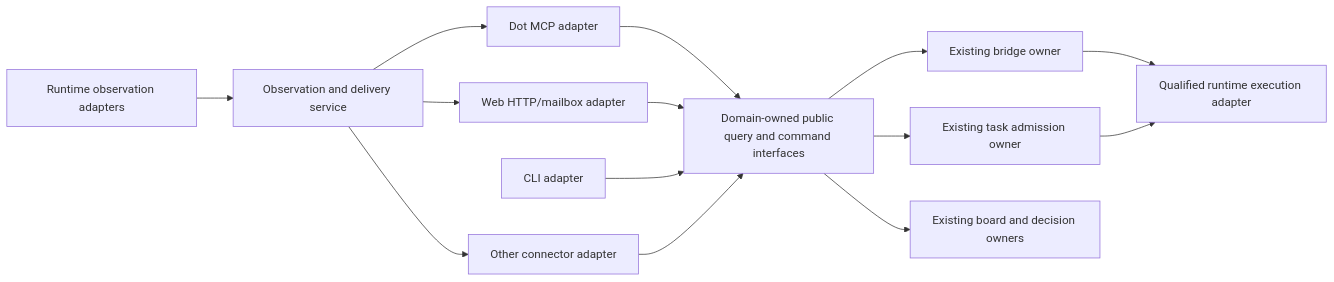
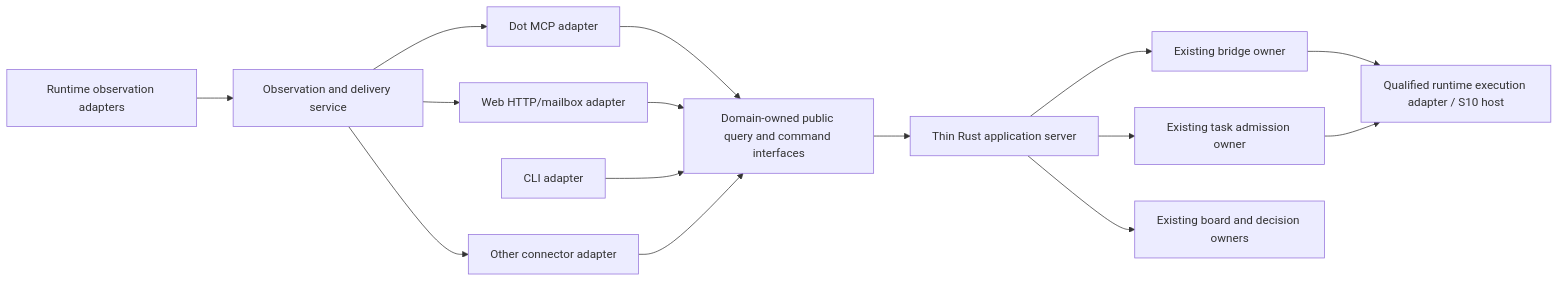
Before and after one commit to bline/work-engine: the diagram in planning/connector-adapter-architecture-plan-20261104.md, drawn with Mermaid. The commit also changed other lines of this file and 18 other files, not shown here.

Commit message:
docs: plan shared Rust application server and owner handoffs

````diff
--- a/planning/connector-adapter-architecture-plan-20261104.md
+++ b/planning/connector-adapter-architecture-plan-20261104.md
@@ -82,16 +88,17 @@
 ```mermaid
 flowchart LR
     Dot[Dot MCP adapter] --> Ports[Domain-owned public query and command interfaces]
     Web[Web HTTP/mailbox adapter] --> Ports
     CLI[CLI adapter] --> Ports
     Future[Other connector adapter] --> Ports
-    Ports --> Bridge[Existing bridge owner]
-    Ports --> Task[Existing task admission owner]
-    Ports --> Board[Existing board and decision owners]
-    Bridge --> Native[Qualified runtime execution adapter]
+    Ports --> App[Thin Rust application server]
+    App --> Bridge[Existing bridge owner]
+    App --> Task[Existing task admission owner]
+    App --> Board[Existing board and decision owners]
+    Bridge --> Native[Qualified runtime execution adapter / S10 host]
     Task --> Native
     Sources[Runtime observation adapters] --> Relay[Observation and delivery service]
     Relay --> Dot
     Relay --> Web
     Relay --> Future
 ```
````
